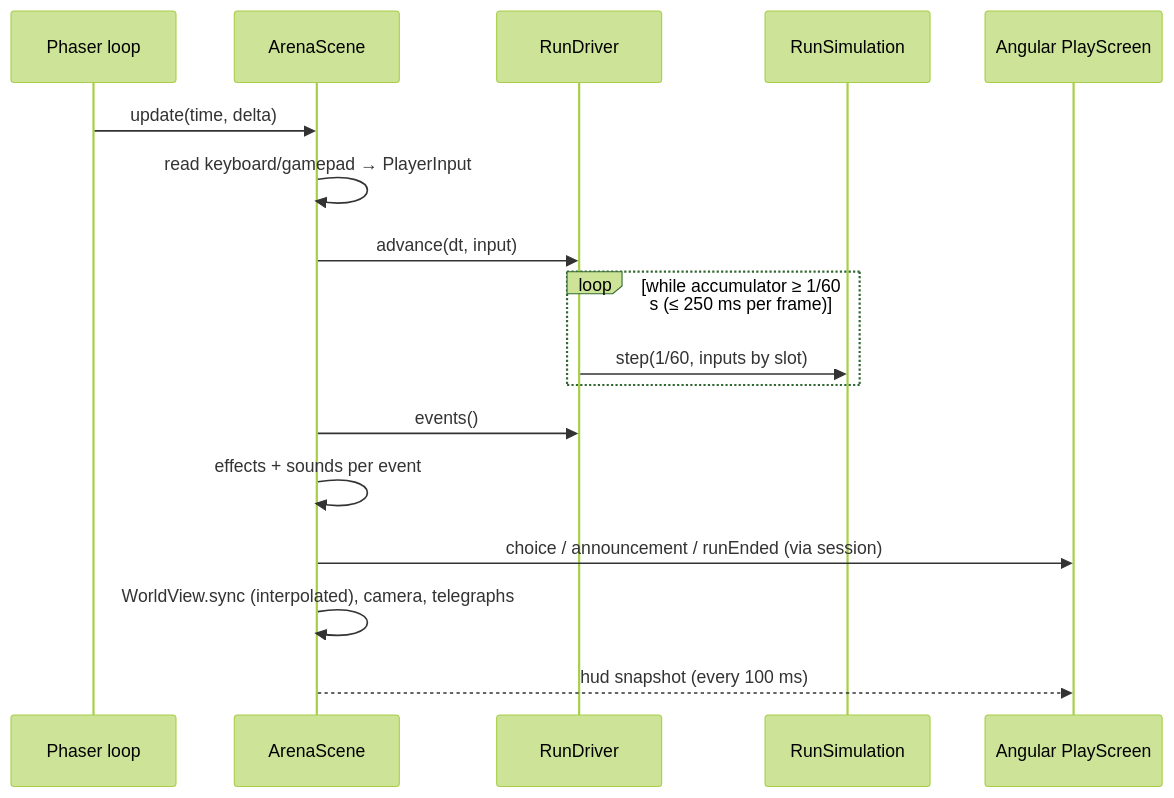
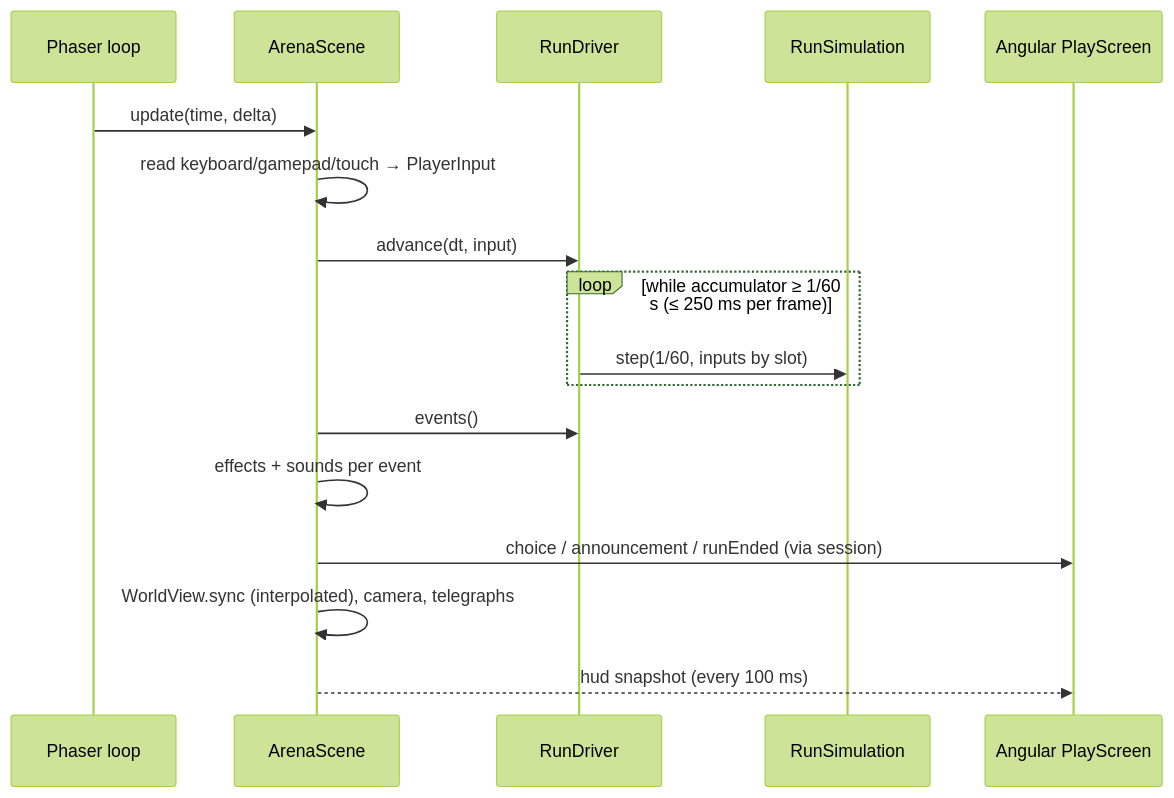
Before and after one commit to David-Letonja-CTG/Olympus-Unbound: the second of 3 diagrams in docs/architecture.md, drawn with Mermaid (forest theme). The commit also changed other lines of this file and 41 other files, not shown here.

````diff
--- a/docs/architecture.md
+++ b/docs/architecture.md
@@ -119,19 +120,19 @@
 ```mermaid
 sequenceDiagram
   participant P as Phaser loop
   participant S as ArenaScene
   participant D as RunDriver
   participant R as RunSimulation
   participant A as Angular PlayScreen
   P->>S: update(time, delta)
-  S->>S: read keyboard/gamepad → PlayerInput
+  S->>S: read keyboard/gamepad/touch → PlayerInput
   S->>D: advance(dt, input)
   loop while accumulator ≥ 1/60 s (≤ 250 ms per frame)
     D->>R: step(1/60, inputs by slot)
   end
   S->>D: events()
   S->>S: effects + sounds per event
   S->>A: choice / announcement / runEnded (via session)
   S->>S: WorldView.sync (interpolated), camera, telegraphs
   S-->>A: hud snapshot (every 100 ms)
 ```
````
